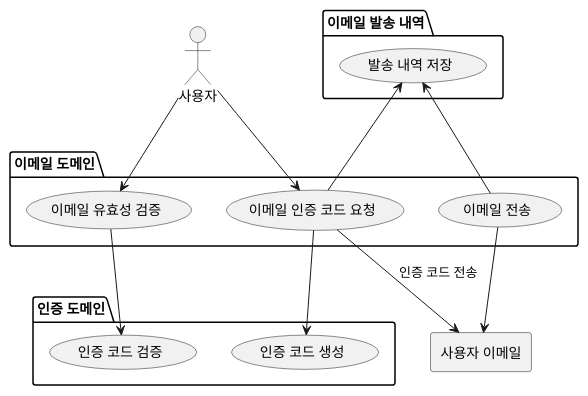
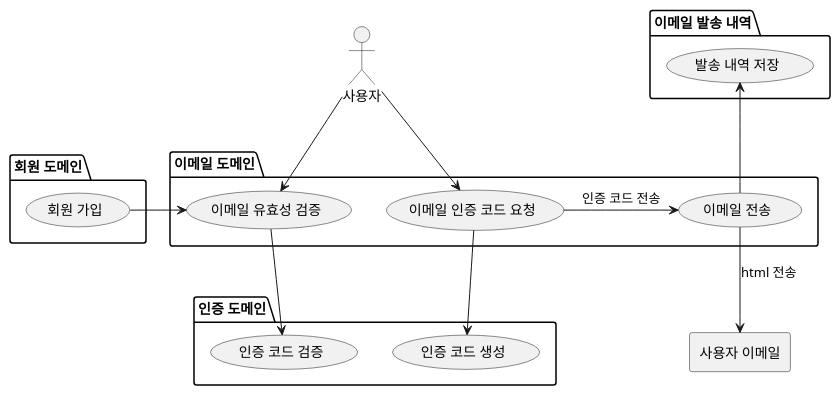
Before and after one commit to dykim-base-project/boot2-hexagonal: the diagram in .uml/email/UseCase.puml, drawn with PlantUML. The commit also changed 33 other files, not shown here.

Commit message:
fix: README, uml, flyway sql 보완, 이메일 useCase 수정, entity 길이 설정

```diff
--- a/.uml/email/UseCase.puml
+++ b/.uml/email/UseCase.puml
@@ -1,30 +1,35 @@
 @startuml
 
 actor 사용자 as user
 
+package "회원 도메인" as member {
+  (회원 가입) as signup
+}
+
 package "이메일 도메인" as email {
-  (이메일 전송)
-  (이메일 인증 코드 요청)
-  (이메일 유효성 검증)
+  (이메일 전송) as sendEmail
+  (이메일 인증 코드 요청) as requestEmailAuthCode
+  (이메일 유효성 검증) as validateEmail
 }
 
 package "이메일 발송 내역" as emailSendHistory {
-    (발송 내역 저장)
+    (발송 내역 저장) as createEmailSendHistory
 }
 
 rectangle "사용자 이메일" as userEmail
 
 package "인증 도메인" as authentication {
-  (인증 코드 생성)
-  (인증 코드 검증)
+  (인증 코드 생성) as createAuthCode
+  (인증 코드 검증) as validateAuthCode
 }
 
-user --> (이메일 인증 코드 요청)
-user -> (이메일 유효성 검증)
-(이메일 전송) --> userEmail
-(발송 내역 저장) <-- (이메일 전송)
-(이메일 유효성 검증) --> (인증 코드 검증)
-(이메일 인증 코드 요청) --> (인증 코드 생성)
-(발송 내역 저장) <- (이메일 인증 코드 요청)
-(이메일 인증 코드 요청) -> userEmail: 인증 코드 전송
+signup -> validateEmail
+user --> requestEmailAuthCode
+user -> validateEmail
+sendEmail --> userEmail: html 전송
+createEmailSendHistory <-- sendEmail
+validateEmail --> validateAuthCode
+requestEmailAuthCode --> createAuthCode
+requestEmailAuthCode -> sendEmail: 인증 코드 전송
+
 @enduml
```
